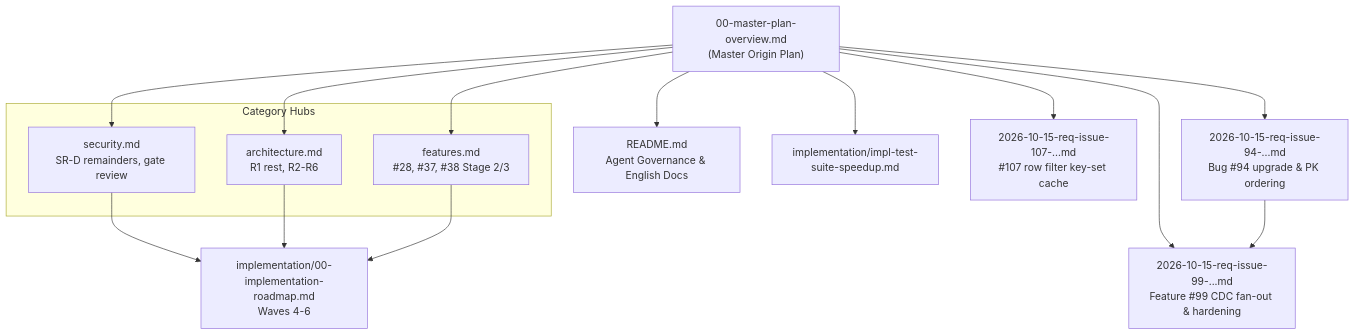
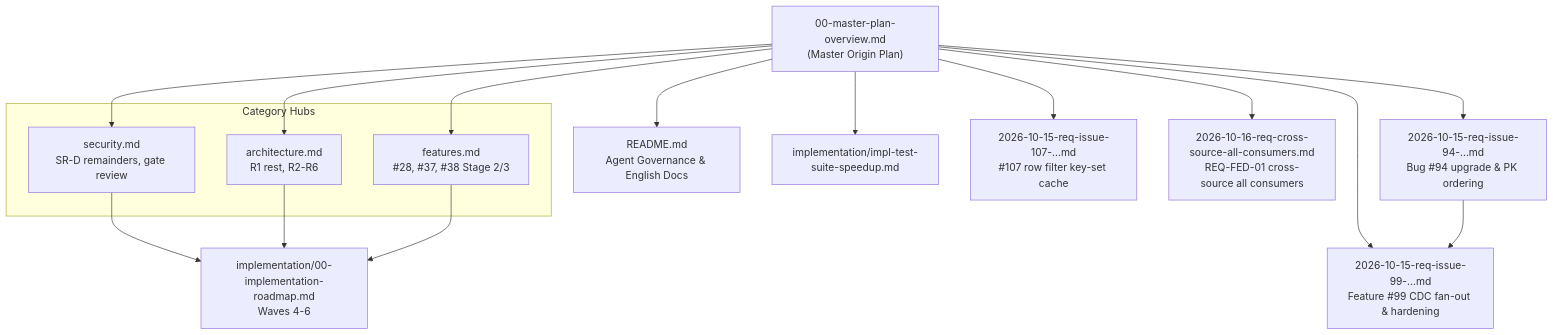
The diagram in docs/plans/00-master-plan-overview.md (themulle/autheris), drawn with Mermaid before and after one commit. The commit also changed other lines of this file and 3 other files, not shown here.

Commit message:
docs(plans): register REQ-FED-01/PLAN-FED-01, reopen falsely completed issue #75

````diff
--- a/docs/plans/00-master-plan-overview.md
+++ b/docs/plans/00-master-plan-overview.md
@@ -50,30 +51,32 @@
 ```mermaid
 flowchart TD
     MP["00-master-plan-overview.md<br/>(Master Origin Plan)"]
     AG["README.md<br/>Agent Governance & English Docs"]
     IR["implementation/00-implementation-roadmap.md<br/>Waves 4-6"]
 
     subgraph Categories ["Category Hubs"]
         SR["security.md<br/>SR-D remainders, gate review"]
         AR["architecture.md<br/>R1 rest, R2-R6"]
         FT["features.md<br/>#28, #37, #38 Stage 2/3"]
     end
 
     TS["implementation/impl-test-suite-speedup.md"]
     B94["2026-10-15-req-issue-94-...md<br/>Bug #94 upgrade & PK ordering"]
     C99["2026-10-15-req-issue-99-...md<br/>Feature #99 CDC fan-out & hardening"]
     R107["2026-10-15-req-issue-107-...md<br/>#107 row filter key-set cache"]
+    FED1["2026-10-16-req-cross-source-all-consumers.md<br/>REQ-FED-01 cross-source all consumers"]
 
     MP --> AG
     MP --> SR
     MP --> AR
     MP --> FT
     MP --> TS
     MP --> B94
     MP --> C99
     B94 --> C99
     MP --> R107
+    MP --> FED1
     SR --> IR
     AR --> IR
     FT --> IR
 ```
````
